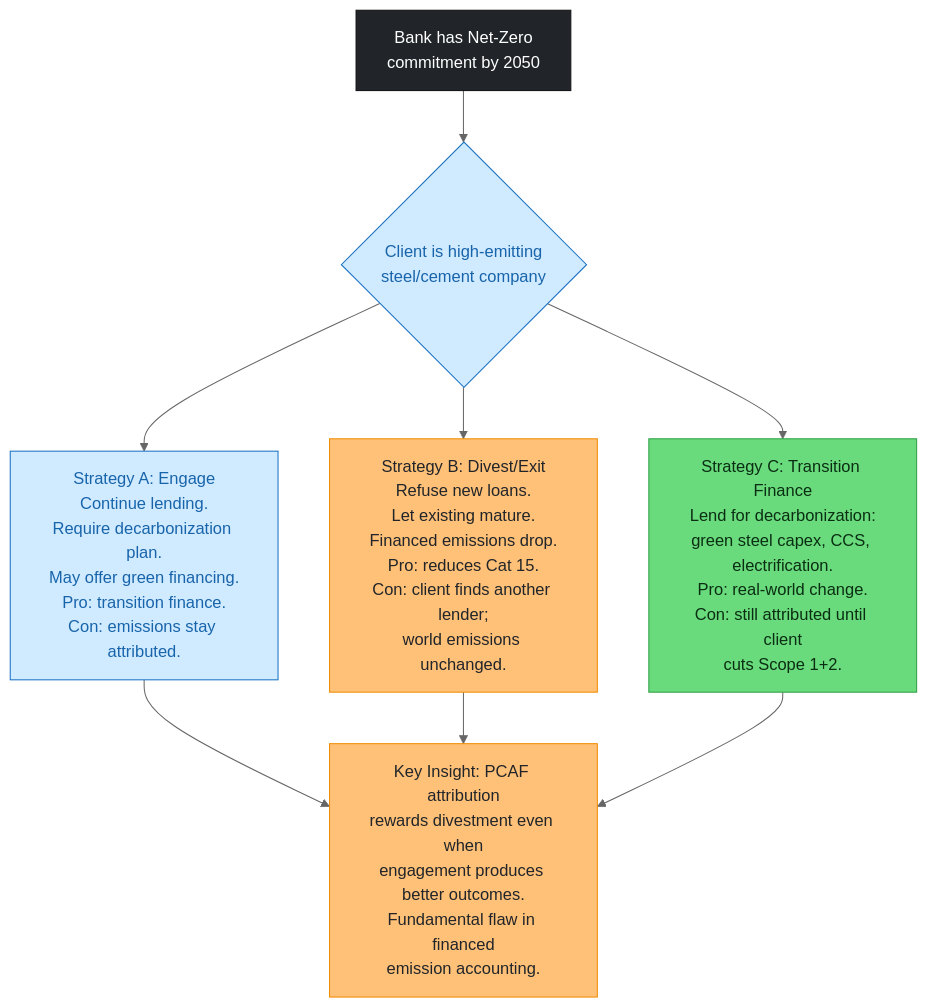
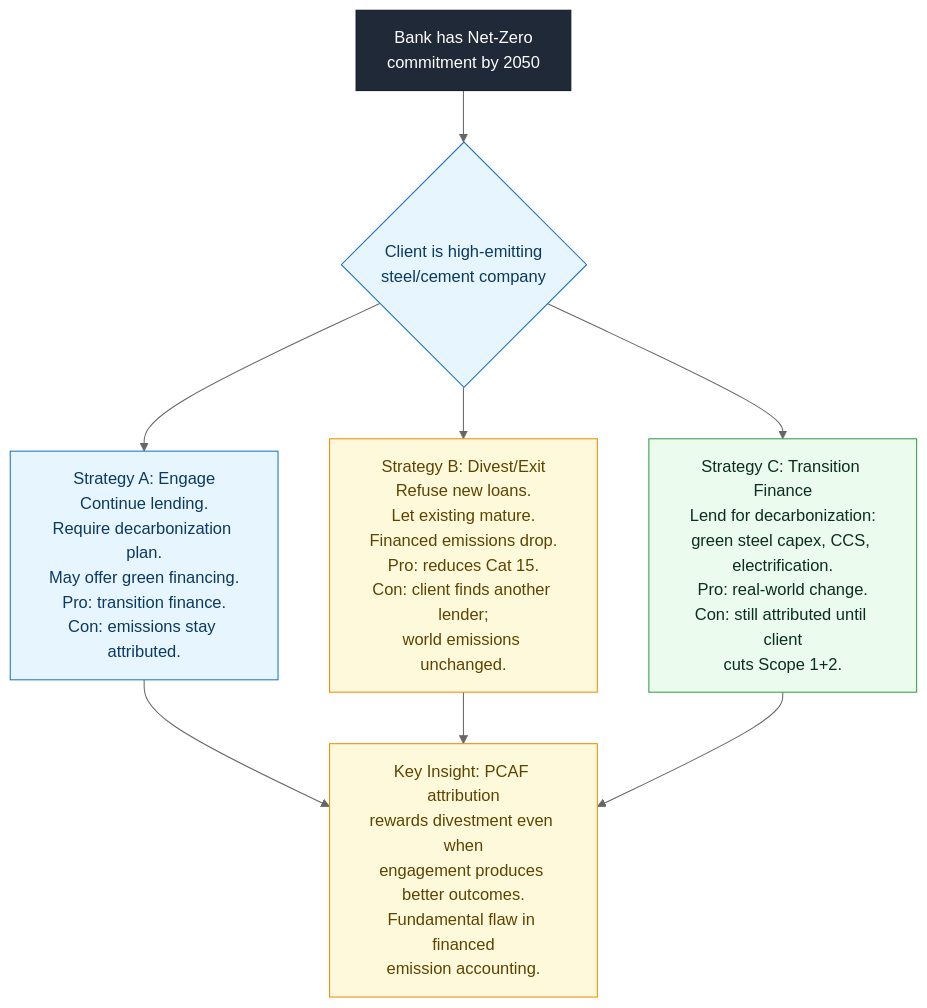
Before and after one commit to co3org/Scope3-Challenge: the sixth of 9 diagrams in docs/03_industry_case_studies.md, drawn with Mermaid (neutral theme). The commit also changed other lines of this file and 11 other files, not shown here.

First line of the commit message:
Soft diagram palette and trim text-wall node labels

````diff
--- a/docs/03_industry_case_studies.md
+++ b/docs/03_industry_case_studies.md
@@ -290,32 +290,32 @@
 ```mermaid
     flowchart TD
-    classDef dark fill:#212529,stroke:#101113,color:#fff;
-    classDef info fill:#d0ebff,stroke:#1971c2,color:#1864ab;
-    classDef good fill:#69db7c,stroke:#2f9e44,color:#0b2e13;
-    classDef warn fill:#ffc078,stroke:#f08c00,color:#212529;
+    classDef dark fill:#1f2937,stroke:#111827,color:#fff;
+    classDef info fill:#e7f5ff,stroke:#1971c2,color:#0b3a5e;
+    classDef good fill:#ebfbee,stroke:#2f9e44,color:#0b2e1d;
+    classDef warn fill:#fff9db,stroke:#f08c00,color:#5c4400;
 
     START["Bank has Net-Zero\ncommitment by 2050"]
     Q1{"Client is high-emitting\nsteel/cement company"}
 
     Engage["Strategy A: Engage\nContinue lending.\nRequire decarbonization plan.\nMay offer green financing.\nPro: transition finance.\nCon: emissions stay attributed."]
     Divest["Strategy B: Divest/Exit\nRefuse new loans.\nLet existing mature.\nFinanced emissions drop.\nPro: reduces Cat 15.\nCon: client finds another lender;\nworld emissions unchanged."]
     Green["Strategy C: Transition Finance\nLend for decarbonization:\ngreen steel capex, CCS, electrification.\nPro: real-world change.\nCon: still attributed until client\ncuts Scope 1+2."]
 
     START --> Q1
     Q1 --> Engage
     Q1 --> Divest
     Q1 --> Green
 
     Insight["Key Insight: PCAF attribution\nrewards divestment even when\nengagement produces better outcomes.\nFundamental flaw in financed\nemission accounting."]
 
     Engage --> Insight
     Divest --> Insight
     Green --> Insight
 
     class START dark;
     class Q1 info;
     class Engage info;
     class Divest warn;
     class Green good;
     class Insight warn;
 ```
````
